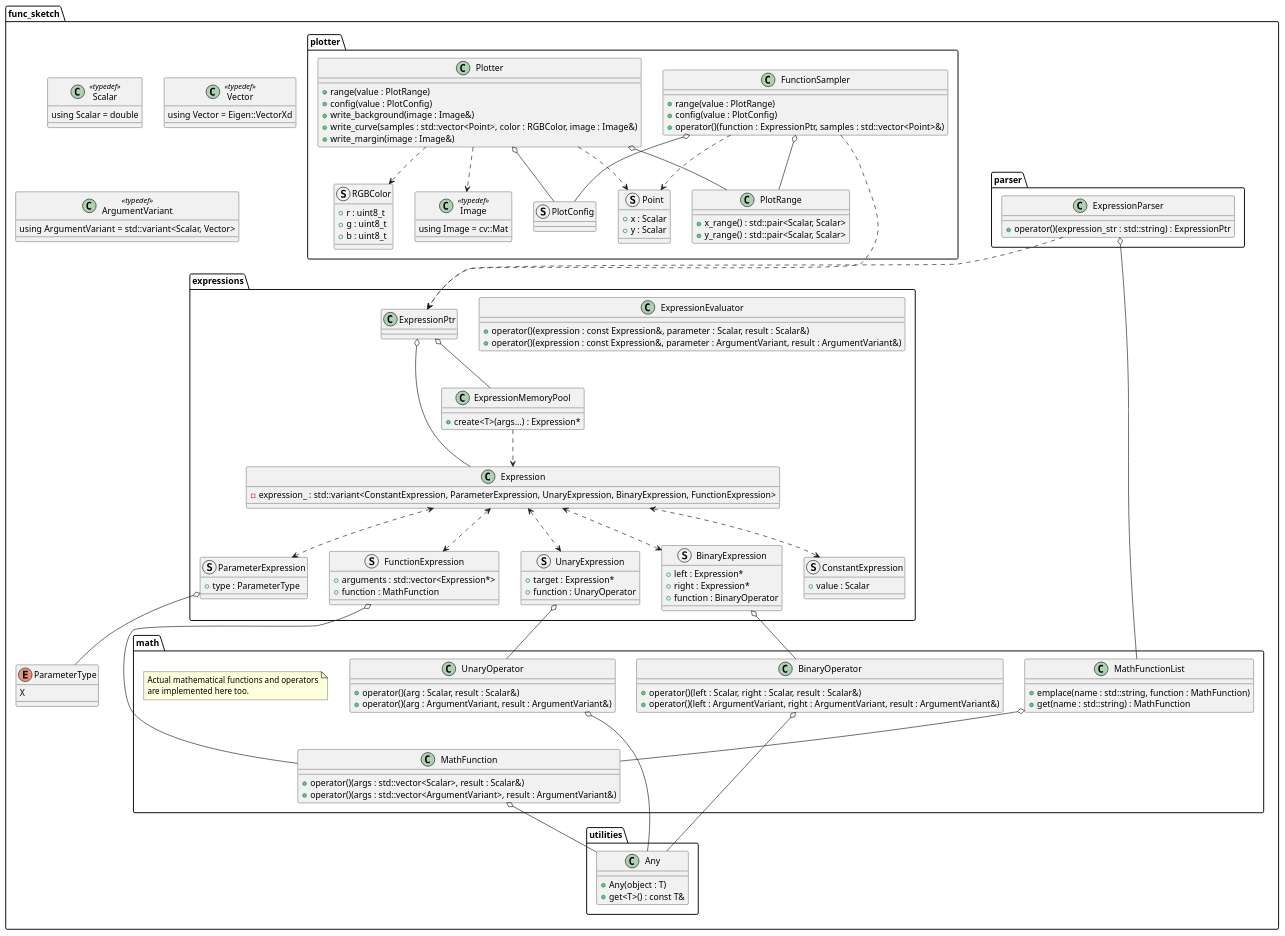
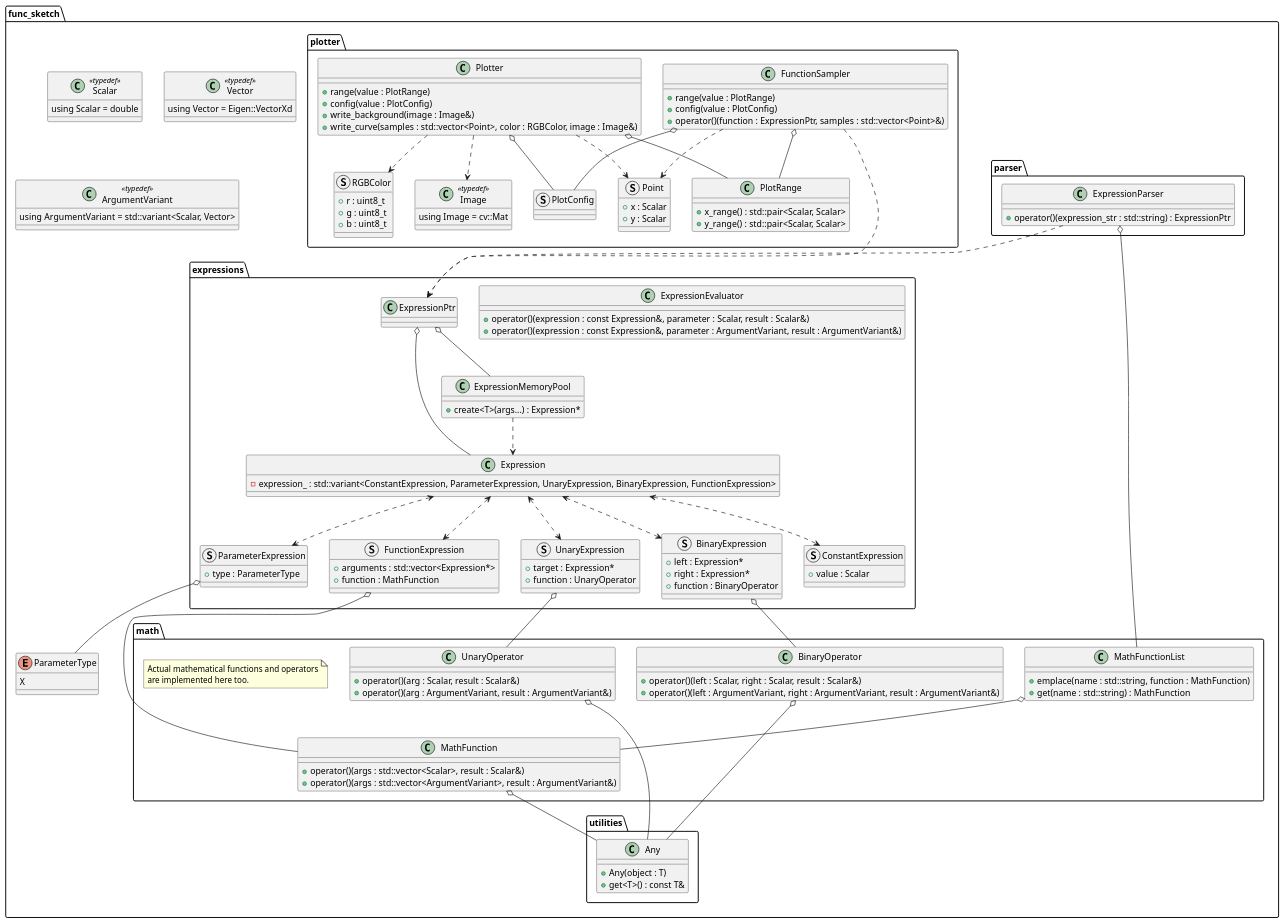
Before and after one commit to MusicScience37/FuncSketch: the diagram in docs/sphinx/design_notes/classes_cpp.puml, drawn with PlantUML. The commit also changed 4 other files, not shown here.

```diff
--- a/docs/sphinx/design_notes/classes_cpp.puml
+++ b/docs/sphinx/design_notes/classes_cpp.puml
@@ -1,167 +1,166 @@
 @startuml classes_cpp
 
 package func_sketch {
     class Scalar <<typedef>> {
         using Scalar = double
     }
 
     class Vector <<typedef>> {
         using Vector = Eigen::VectorXd
     }
 
     class ArgumentVariant <<typedef>> {
         using ArgumentVariant = std::variant<Scalar, Vector>
     }
 
     enum ParameterType {
         X
     }
 
     package utilities {
         class Any {
             + Any(object : T)
             + get<T>() : const T&
         }
     }
 
     package math {
         class UnaryOperator {
             + operator()(arg : Scalar, result : Scalar&)
             + operator()(arg : ArgumentVariant, result : ArgumentVariant&)
         }
         UnaryOperator o-- Any
 
         class BinaryOperator {
             + operator()(left : Scalar, right : Scalar, result : Scalar&)
             + operator()(left : ArgumentVariant, right : ArgumentVariant, result : ArgumentVariant&)
         }
         BinaryOperator o-- Any
 
         class MathFunction {
             + operator()(args : std::vector<Scalar>, result : Scalar&)
             + operator()(args : std::vector<ArgumentVariant>, result : ArgumentVariant&)
         }
         MathFunction o-- Any
 
         class MathFunctionList {
             + emplace(name : std::string, function : MathFunction)
             + get(name : std::string) : MathFunction
         }
         MathFunctionList o-- MathFunction
 
         note as math_functions_note
             Actual mathematical functions and operators
             are implemented here too.
         end note
     }
 
     package expressions {
         class Expression {
             - expression_ : std::variant<ConstantExpression, ParameterExpression, UnaryExpression, BinaryExpression, FunctionExpression>
         }
 
         struct ConstantExpression {
             + value : Scalar
         }
         Expression <..> ConstantExpression
 
         struct ParameterExpression {
             + type : ParameterType
         }
         Expression <..> ParameterExpression
         ParameterExpression o-- ParameterType
 
         struct UnaryExpression {
             + target : Expression*
             + function : UnaryOperator
         }
         Expression <..> UnaryExpression
         UnaryExpression o-- UnaryOperator
 
         struct BinaryExpression {
             + left : Expression*
             + right : Expression*
             + function : BinaryOperator
         }
         Expression <..> BinaryExpression
         BinaryExpression o-- BinaryOperator
 
         struct FunctionExpression {
             + arguments : std::vector<Expression*>
             + function : MathFunction
         }
         Expression <..> FunctionExpression
         FunctionExpression o-- MathFunction
 
         class ExpressionMemoryPool {
             + create<T>(args...) : Expression*
         }
         ExpressionMemoryPool ..> Expression
 
         class ExpressionEvaluator {
             + operator()(expression : const Expression&, parameter : Scalar, result : Scalar&)
             + operator()(expression : const Expression&, parameter : ArgumentVariant, result : ArgumentVariant&)
         }
 
         class ExpressionPtr
         ExpressionPtr o-- Expression
         ExpressionPtr o-- ExpressionMemoryPool
     }
 
     package parser {
         class ExpressionParser {
             + operator()(expression_str : std::string) : ExpressionPtr
         }
         ExpressionParser o-- MathFunctionList
         ExpressionParser ..> ExpressionPtr
     }
 
     package plotter {
         struct RGBColor {
             + r : uint8_t
             + g : uint8_t
             + b : uint8_t
         }
 
         struct Point {
             + x : Scalar
             + y : Scalar
         }
 
         class Image <<typedef>> {
             using Image = cv::Mat
         }
 
         class PlotRange {
             + x_range() : std::pair<Scalar, Scalar>
             + y_range() : std::pair<Scalar, Scalar>
         }
 
         struct PlotConfig
 
         class FunctionSampler {
             + range(value : PlotRange)
             + config(value : PlotConfig)
             + operator()(function : ExpressionPtr, samples : std::vector<Point>&)
         }
         FunctionSampler o-- PlotRange
         FunctionSampler o-- PlotConfig
         FunctionSampler ...> ExpressionPtr
         FunctionSampler ..> Point
 
         class Plotter {
             + range(value : PlotRange)
             + config(value : PlotConfig)
             + write_background(image : Image&)
             + write_curve(samples : std::vector<Point>, color : RGBColor, image : Image&)
-            + write_margin(image : Image&)
         }
         Plotter o-- PlotRange
         Plotter o-- PlotConfig
         Plotter ..> Point
         Plotter ..> RGBColor
         Plotter ..> Image
     }
 }
 
 @enduml
```
